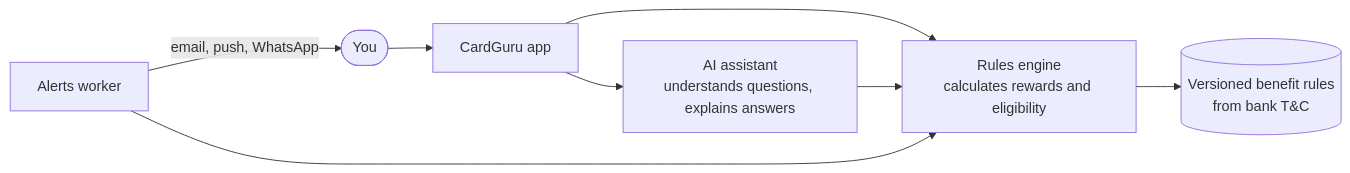
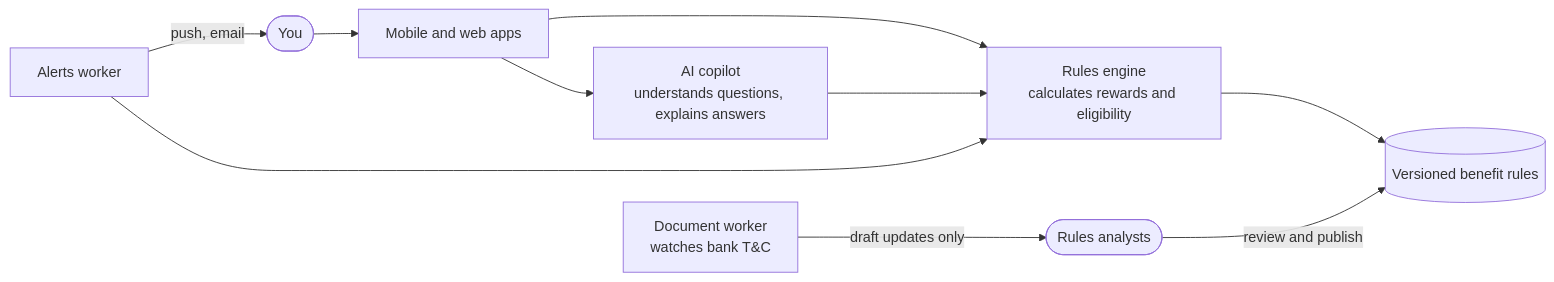
One commit to bsandipan88/CardGuru changed the diagram in README.md. Above: the diagram before and after it, drawn with Mermaid. The commit also changed other lines of this file and 3 other files, not shown here.

First line of the commit message:
docs: align architecture with BUILD_PROMPTS.md and add build prompts

````diff
--- a/README.md
+++ b/README.md
@@ -30,10 +36,12 @@
 ```mermaid
 flowchart LR
-    user([You]) --> app[CardGuru app]
+    user([You]) --> app[Mobile and web apps]
     app --> engine[Rules engine<br/>calculates rewards and eligibility]
-    app --> ai[AI assistant<br/>understands questions, explains answers]
+    app --> ai[AI copilot<br/>understands questions, explains answers]
     ai --> engine
-    engine --> rules[(Versioned benefit rules<br/>from bank T&C)]
+    engine --> rules[(Versioned benefit rules)]
+    analysts([Rules analysts]) -->|review and publish| rules
+    docs[Document worker<br/>watches bank T&C] -->|draft updates only| analysts
     worker[Alerts worker] --> engine
-    worker -->|email, push, WhatsApp| user
+    worker -->|push, email| user
 ```
````
